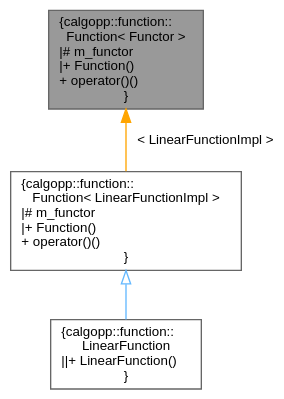
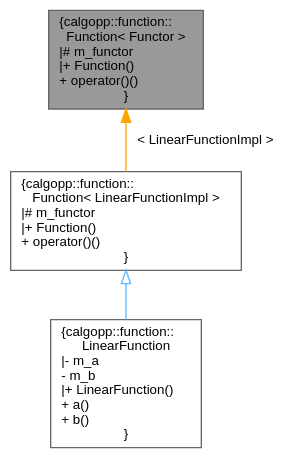
Before and after one commit to pawelekg95/algopp: the diagram in classcalgopp_1_1function_1_1Function__inherit__graph.dot, drawn with Graphviz. The commit also changed 97 other files, not shown here.

```diff
--- a/classcalgopp_1_1function_1_1Function__inherit__graph.dot
+++ b/classcalgopp_1_1function_1_1Function__inherit__graph.dot
@@ -1,12 +1,12 @@
 digraph "calgopp::function::Function&lt; Functor &gt;"
 {
  // LATEX_PDF_SIZE
   bgcolor="transparent";
   edge [fontname=Helvetica,fontsize=10,labelfontname=Helvetica,labelfontsize=10];
   node [fontname=Helvetica,fontsize=10,shape=box,height=0.2,width=0.4];
   Node1 [label="{calgopp::function::\lFunction\< Functor \>\n|# m_functor\l|+ Function()\l+ operator()()\l}",height=0.2,width=0.4,color="gray40", fillcolor="grey60", style="filled", fontcolor="black",tooltip=" "];
   Node1 -> Node2 [dir="back",color="orange",style="solid",label=" \< LinearFunctionImpl \>" ];
   Node2 [label="{calgopp::function::\lFunction\< LinearFunctionImpl \>\n|# m_functor\l|+ Function()\l+ operator()()\l}",height=0.2,width=0.4,color="gray40", fillcolor="white", style="filled",URL="$classcalgopp_1_1function_1_1Function.html",tooltip=" "];
   Node2 -> Node3 [dir="back",color="steelblue1",style="solid",arrowtail="onormal"];
-  Node3 [label="{calgopp::function::\lLinearFunction\n||+ LinearFunction()\l}",height=0.2,width=0.4,color="gray40", fillcolor="white", style="filled",URL="$classcalgopp_1_1function_1_1LinearFunction.html",tooltip=" "];
+  Node3 [label="{calgopp::function::\lLinearFunction\n|- m_a\l- m_b\l|+ LinearFunction()\l+ a()\l+ b()\l}",height=0.2,width=0.4,color="gray40", fillcolor="white", style="filled",URL="$classcalgopp_1_1function_1_1LinearFunction.html",tooltip=" "];
 }
```
